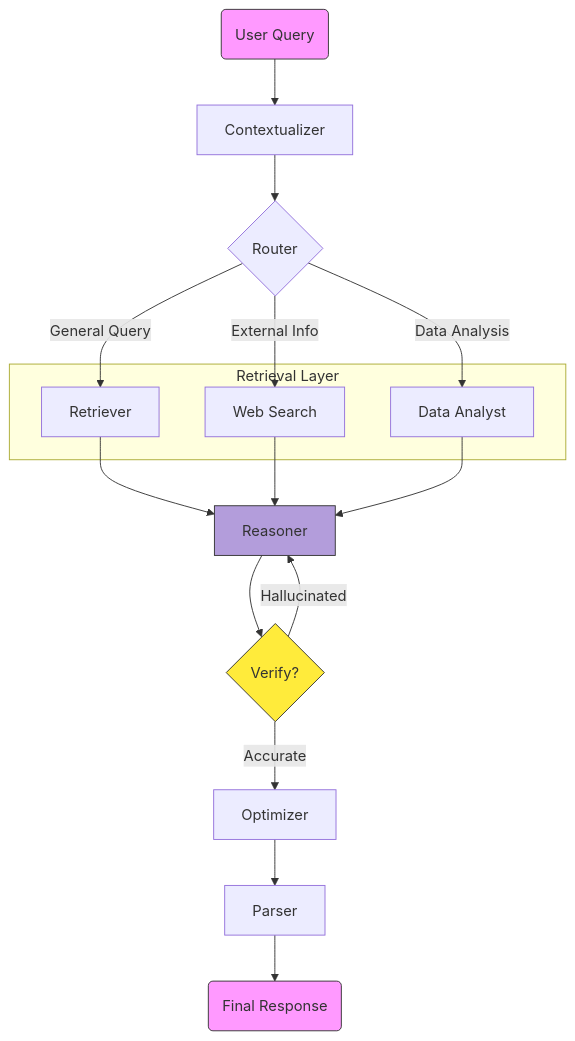
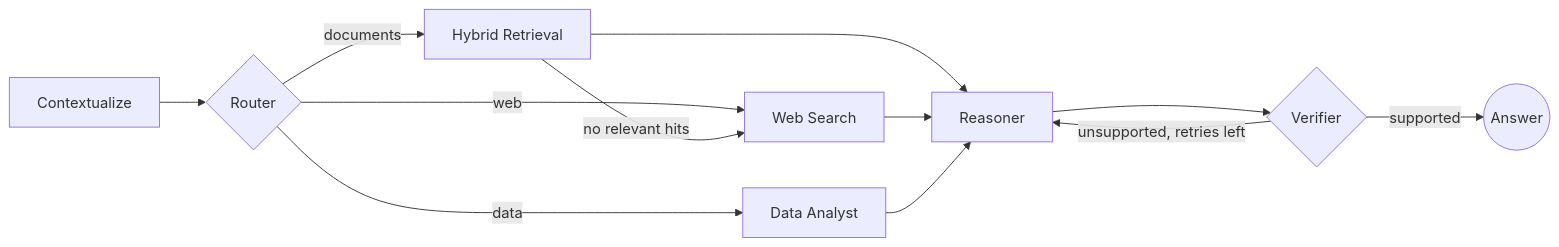
Before and after one commit to VijayJoshi17/multi_agent_rag_local: the second of 2 diagrams in README.md, drawn with Mermaid. The commit also changed other lines of this file and 144 other files, not shown here.

First line of the commit message:
Refactor to React + FastAPI production architecture

````diff
--- a/README.md
+++ b/README.md
@@ -13,32 +49,14 @@
 ```mermaid
-graph TD
-    User(User Query) --> Contextualizer
-    Contextualizer[Contextualizer] --> Router{Router}
-    
-    Router -- General Query --> Retriever
-    Router -- External Info --> WebSearch
-    Router -- Data Analysis --> DataAnalyst
-    
-    subgraph Retrieval Layer
-        Retriever[Retriever]
-        WebSearch[Web Search]
-        DataAnalyst[Data Analyst]
-    end
-    
-    Retriever --> Reasoner
-    WebSearch --> Reasoner
-    DataAnalyst --> Reasoner
-    
-    Reasoner[Reasoner] --> Verifier{Verify?}
-    
-    Verifier -- Accurate --> Optimizer
-    Verifier -- Hallucinated --> Reasoner
-    
-    Optimizer[Optimizer] --> Parser
-    Parser[Parser] --> FinalOutput(Final Response)
-    
-    style User fill:#f9f,stroke:#333
-    style FinalOutput fill:#f9f,stroke:#333
-    style Verifier fill:#ffeb3b,stroke:#333
-    style Reasoner fill:#b39ddb,stroke:#333
+flowchart LR
+    C[Contextualize] --> R{Router}
+    R -- documents --> RET[Hybrid Retrieval]
+    R -- web --> W[Web Search]
+    R -- data --> D[Data Analyst]
+    RET -- no relevant hits --> W
+    RET --> RE[Reasoner]
+    W --> RE
+    D --> RE
+    RE --> V{Verifier}
+    V -- unsupported, retries left --> RE
+    V -- supported --> E((Answer))
 ```
````
